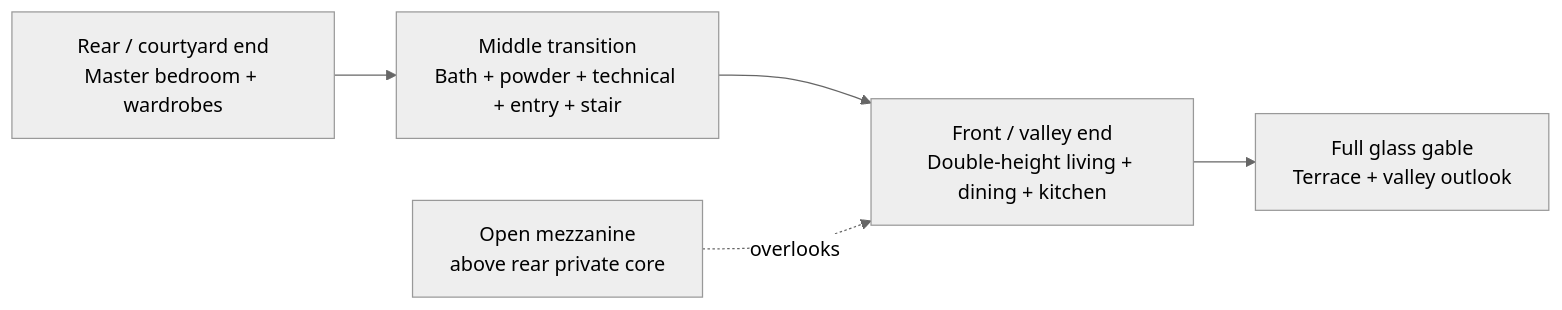
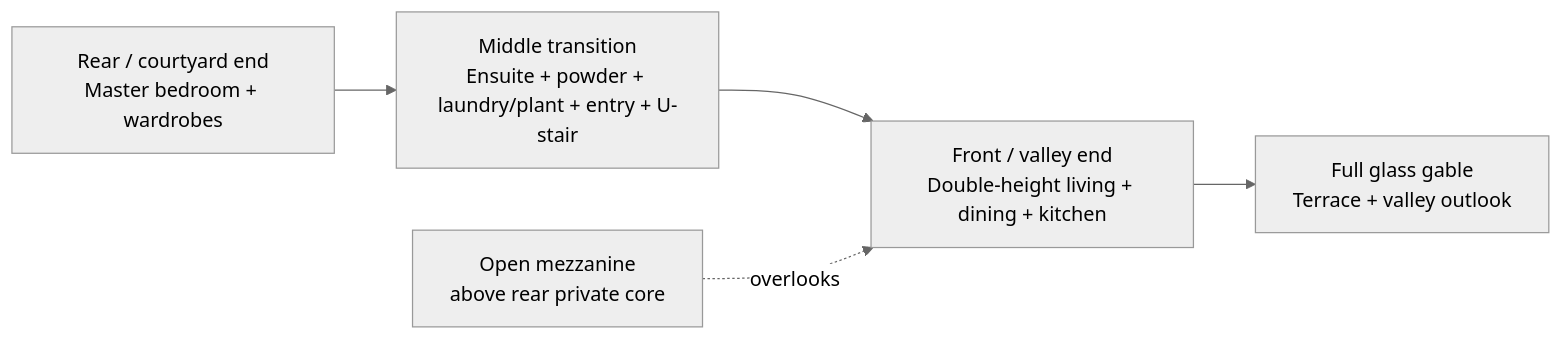
The diagram in docs/ARCHITECTURAL-CONCEPT.md (DenisCarriere/schorisse-build), drawn with Mermaid (neutral theme) before and after one commit. The commit also changed other lines of this file and 6 other files, not shown here.

````diff
--- a/docs/ARCHITECTURAL-CONCEPT.md
+++ b/docs/ARCHITECTURAL-CONCEPT.md
@@ -69,7 +69,7 @@
 ```mermaid
 flowchart LR
-    A[Rear / courtyard end<br/>Master bedroom + wardrobes] --> B[Middle transition<br/>Bath + powder + technical + entry + stair]
+    A[Rear / courtyard end<br/>Master bedroom + wardrobes] --> B[Middle transition<br/>Ensuite + powder + laundry/plant + entry + U-stair]
     B --> C[Front / valley end<br/>Double-height living + dining + kitchen]
     C --> D[Full glass gable<br/>Terrace + valley outlook]
     E[Open mezzanine<br/>above rear private core] -. overlooks .-> C
 ```
````
